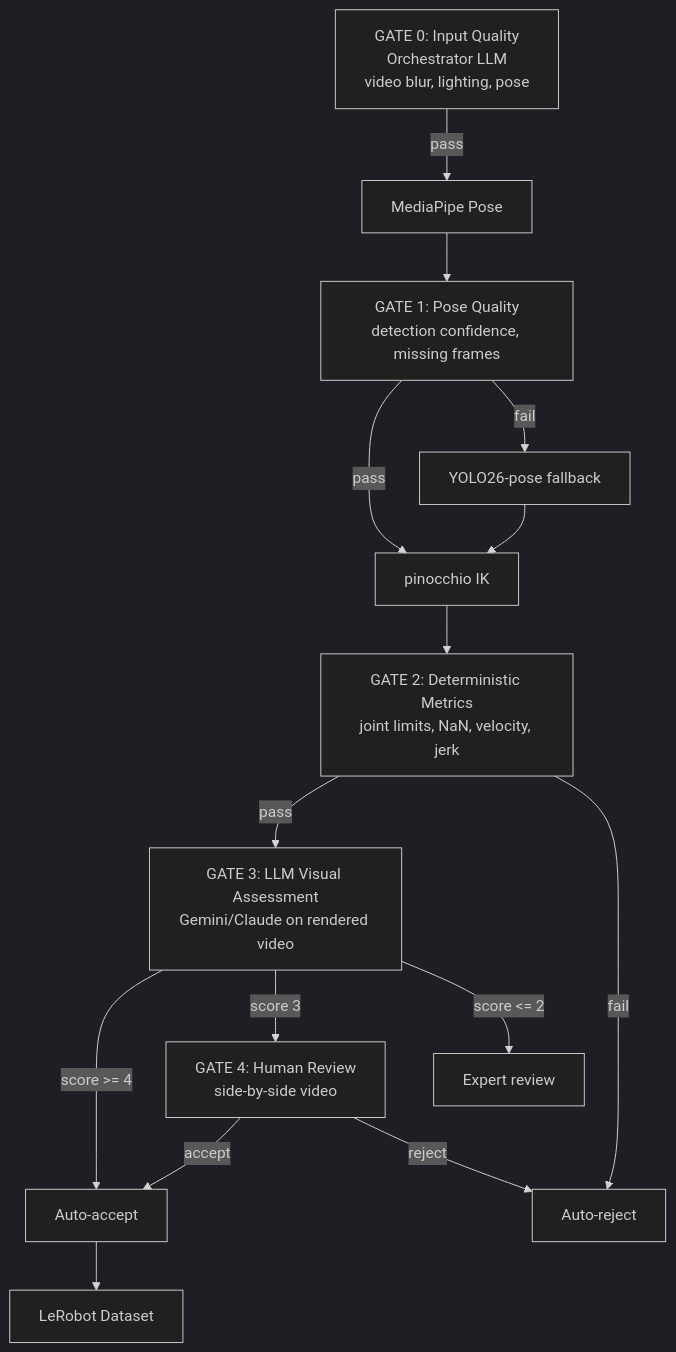
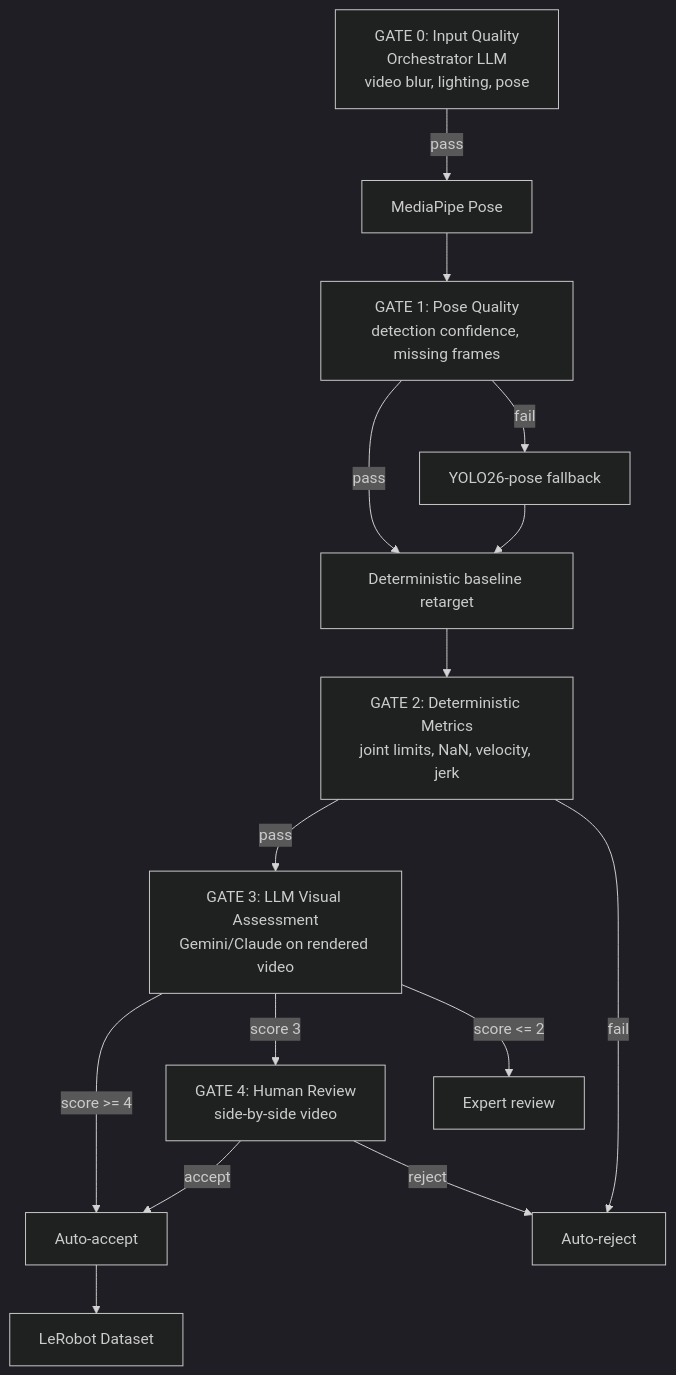
One commit to InNoobWeTrust/aabw-2026 changed the diagram in docs/mvp-pipeline.md. Above: the diagram before and after it, drawn with Mermaid (dark theme). The commit also changed other lines of this file and 11 other files, not shown here.

````diff
--- a/docs/mvp-pipeline.md
+++ b/docs/mvp-pipeline.md
@@ -515,17 +547,17 @@
 ```mermaid
 graph TD
     G0["GATE 0: Input Quality<br/>Orchestrator LLM<br/>video blur, lighting, pose"] -->|pass| POSE[MediaPipe Pose]
     POSE --> G1["GATE 1: Pose Quality<br/>detection confidence, missing frames"]
-    G1 -->|pass| IK[pinocchio IK]
+    G1 -->|pass| IK[Deterministic baseline retarget]
     G1 -->|fail| FALLBACK[YOLO26-pose fallback]
     FALLBACK --> IK
     IK --> G2["GATE 2: Deterministic Metrics<br/>joint limits, NaN, velocity, jerk"]
     G2 -->|pass| G3["GATE 3: LLM Visual Assessment<br/>Gemini/Claude on rendered video"]
     G2 -->|fail| REJECT[Auto-reject]
     G3 -->|"score >= 4"| ACCEPT[Auto-accept]
     G3 -->|"score 3"| G4["GATE 4: Human Review<br/>side-by-side video"]
     G3 -->|"score <= 2"| EXPERT[Expert review]
     G4 -->|accept| ACCEPT
     G4 -->|reject| REJECT
     ACCEPT --> LR[LeRobot Dataset]
 ```
````
